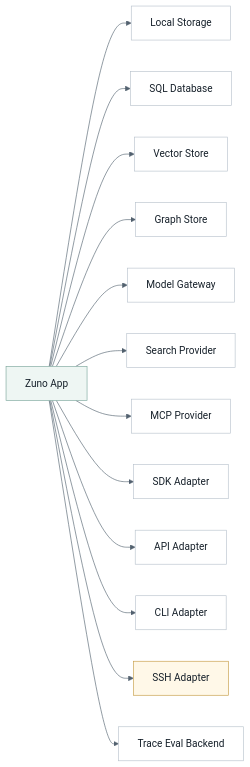
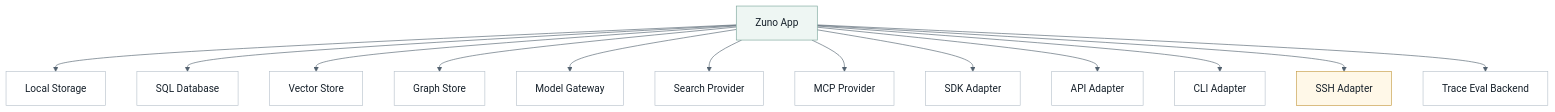
The eighth of 10 diagrams in docs/architecture.md (ProfessorZhi/Zuno), drawn with Mermaid before and after one commit. The commit also changed other lines of this file and 12 other files, not shown here.

Commit message:
docs: improve architecture diagram viewing

````diff
--- a/docs/architecture.md
+++ b/docs/architecture.md
@@ -403,34 +457,34 @@
 ```mermaid
 %%{init: {"theme": "base", "themeVariables": {"background": "#f7f8fb", "lineColor": "#52616f"}}}%%
-flowchart LR
+flowchart TB
   classDef node fill:#ffffff,stroke:#b8c2cc,stroke-width:1px,color:#16202a;
   classDef accent fill:#eef6f3,stroke:#7aa59a,stroke-width:1px,color:#16202a;
   classDef guard fill:#fff8e8,stroke:#c59b43,stroke-width:1px,color:#16202a;
 
   APP["Zuno App"]:::accent
   STORE["Local Storage"]
   SQL["SQL Database"]
   VDB["Vector Store"]
   GDB["Graph Store"]
   MODEL["Model Gateway"]
   SEARCH["Search Provider"]
   MCP["MCP Provider"]
   SDK["SDK Adapter"]
   APIAD["API Adapter"]
   CLI["CLI Adapter"]
   SSH["SSH Adapter"]:::guard
   TRACE["Trace Eval Backend"]
   APP --> STORE
   APP --> SQL
   APP --> VDB
   APP --> GDB
   APP --> MODEL
   APP --> SEARCH
   APP --> MCP
   APP --> SDK
   APP --> APIAD
   APP --> CLI
   APP --> SSH
   APP --> TRACE
   class STORE,SQL,VDB,GDB,MODEL,SEARCH,MCP,SDK,APIAD,CLI,TRACE node;
 ```
````
